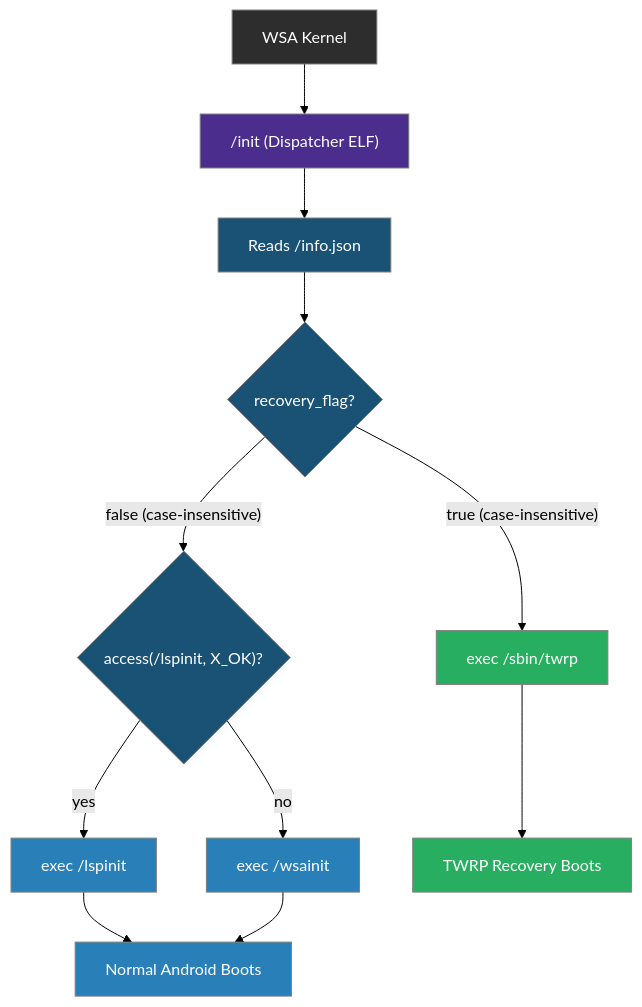
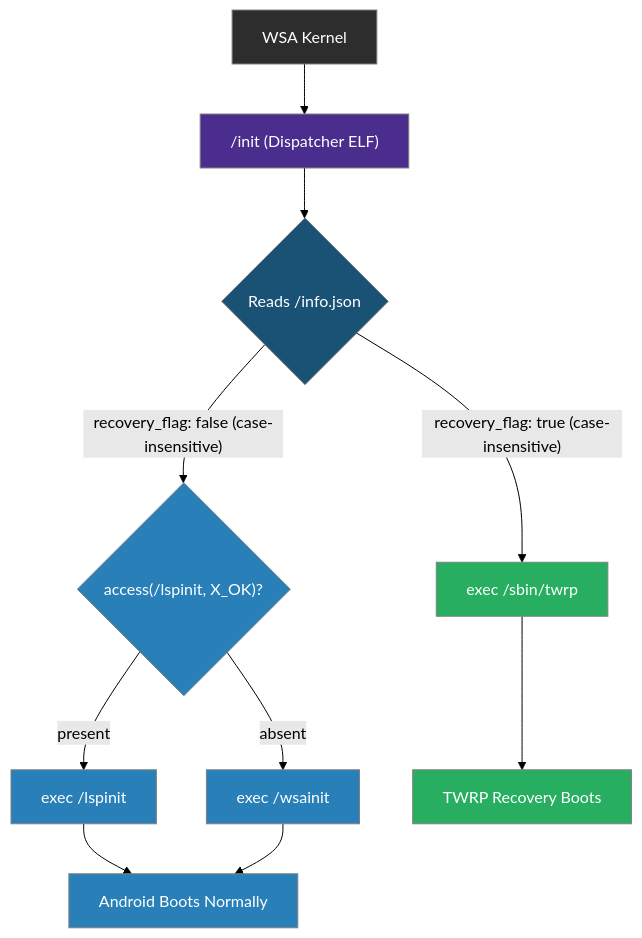
The first of 3 diagrams in docs/flow.md (WSA-Installer/twrp-for-wsa), drawn with Mermaid (forest theme) before and after one commit. The commit also changed 12 other files, not shown here.

Commit message:
docs: refresh legacy guides for 4.1.0 (modules, IMG Manager, hook, dispatcher CI, corrected boot flow)

````diff
--- a/docs/flow.md
+++ b/docs/flow.md
@@ -77,24 +77,22 @@
 ```mermaid
 flowchart TD
     A[WSA Kernel] --> B["/init (Dispatcher ELF)"]
-    B --> C[Reads /info.json]
-    C --> D{recovery_flag?}
-    D -->|"true (case-insensitive)"| E["exec /sbin/twrp"]
-    D -->|"false (case-insensitive)"| I{"access(/lspinit, X_OK)?"}
-    I -->|yes| F["exec /lspinit"]
-    I -->|no| F2["exec /wsainit"]
-    E --> G[TWRP Recovery Boots]
-    F --> H[Normal Android Boots]
-    F2 --> H
+    B --> C{Reads /info.json}
+    C -->|"recovery_flag: true (case-insensitive)"| D["exec /sbin/twrp"]
+    C -->|"recovery_flag: false (case-insensitive)"| E{"access(/lspinit, X_OK)?"}
+    E -->|"present"| E2["exec /lspinit"]
+    E -->|"absent"| E3["exec /wsainit"]
+    D --> F[TWRP Recovery Boots]
+    E2 --> G[Android Boots Normally]
+    E3 --> G
 
     style A fill:#2d2d2d,stroke:#808080,color:#fff
     style B fill:#4a2d8c,stroke:#808080,color:#fff
     style C fill:#1a5276,stroke:#808080,color:#fff
-    style D fill:#1a5276,stroke:#808080,color:#fff
-    style I fill:#1a5276,stroke:#808080,color:#fff
-    style E fill:#27ae60,stroke:#808080,color:#fff
-    style F fill:#2980b9,stroke:#808080,color:#fff
-    style F2 fill:#2980b9,stroke:#808080,color:#fff
-    style G fill:#27ae60,stroke:#808080,color:#fff
-    style H fill:#2980b9,stroke:#808080,color:#fff
+    style D fill:#27ae60,stroke:#808080,color:#fff
+    style E fill:#2980b9,stroke:#808080,color:#fff
+    style E2 fill:#2980b9,stroke:#808080,color:#fff
+    style E3 fill:#2980b9,stroke:#808080,color:#fff
+    style F fill:#27ae60,stroke:#808080,color:#fff
+    style G fill:#2980b9,stroke:#808080,color:#fff
 ```
````
